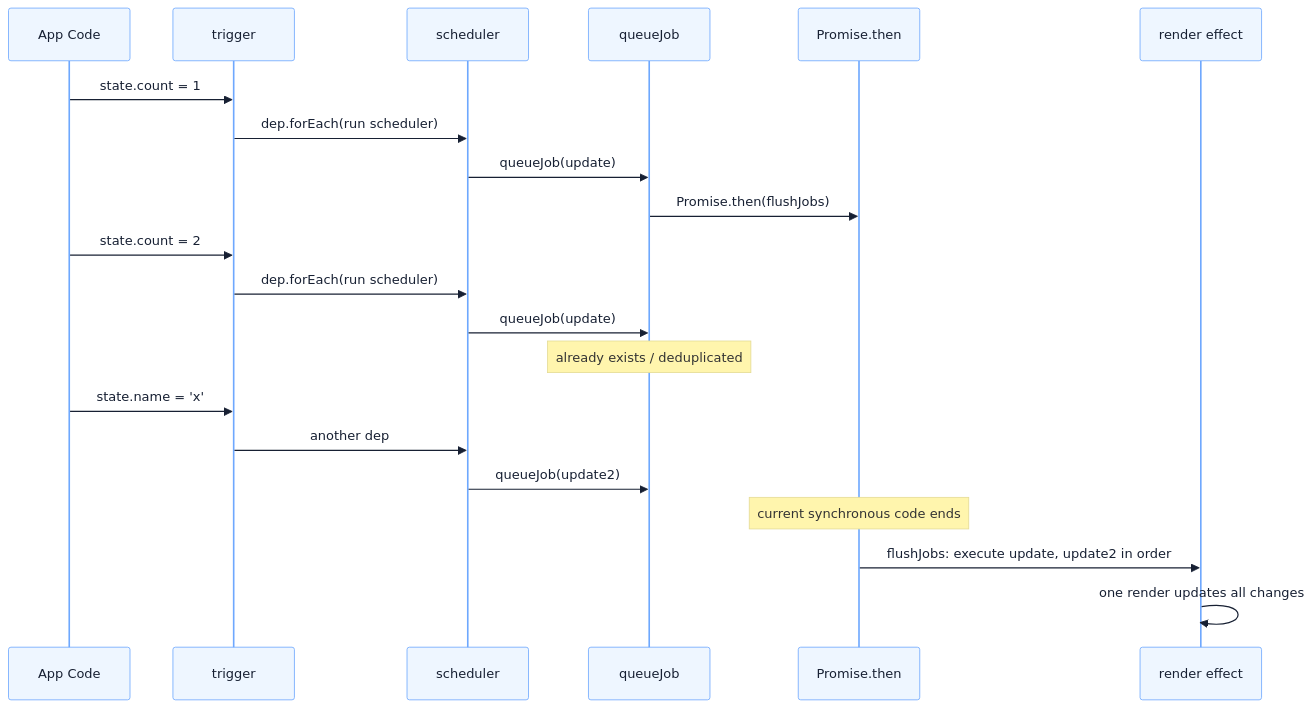
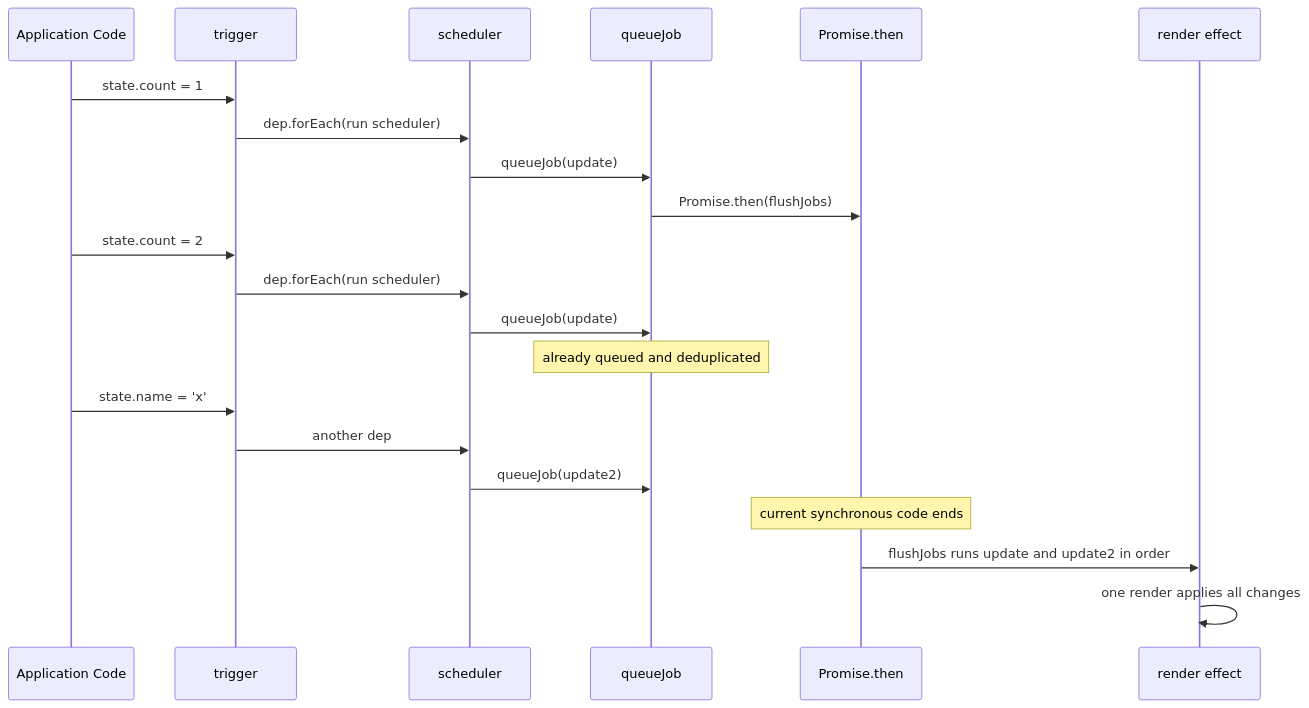
Before and after one commit to Fatejian/frontier-vault: the second of 3 diagrams in docs/en/frameworks/vue3-reactivity.md, drawn with Mermaid. The commit also changed other lines of this file and 41 other files, not shown here.

````diff
--- a/docs/en/frameworks/vue3-reactivity.md
+++ b/docs/en/frameworks/vue3-reactivity.md
@@ -627,28 +584,27 @@
 ```mermaid
-%%{init: {'theme': 'base', 'themeVariables': { 'fontFamily': 'Inter, PingFang SC, Microsoft YaHei, sans-serif', 'primaryColor': '#EEF6FF', 'primaryTextColor': '#172033', 'primaryBorderColor': '#6EA8FE', 'lineColor': '#8A94A6', 'secondaryColor': '#F7F9FC', 'tertiaryColor': '#FFF7E6', 'fontSize': '13px'}}}%%
 sequenceDiagram
-    participant Code as App Code
+    participant Code as Application Code
     participant T as trigger
     participant S as scheduler
     participant Q as queueJob
     participant P as Promise.then
     participant R as render effect
 
     Code->>T: state.count = 1
     T->>S: dep.forEach(run scheduler)
     S->>Q: queueJob(update)
     Q->>P: Promise.then(flushJobs)
 
     Code->>T: state.count = 2
     T->>S: dep.forEach(run scheduler)
     S->>Q: queueJob(update)
-    Note over Q: already exists / deduplicated
+    Note over Q: already queued and deduplicated
 
     Code->>T: state.name = 'x'
     T->>S: another dep
     S->>Q: queueJob(update2)
 
     Note over P: current synchronous code ends
-    P->>R: flushJobs: execute update, update2 in order
-    R->>R: one render updates all changes
+    P->>R: flushJobs runs update and update2 in order
+    R->>R: one render applies all changes
 ```
````
